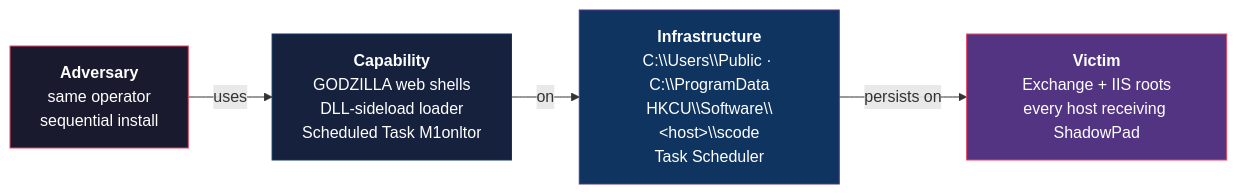
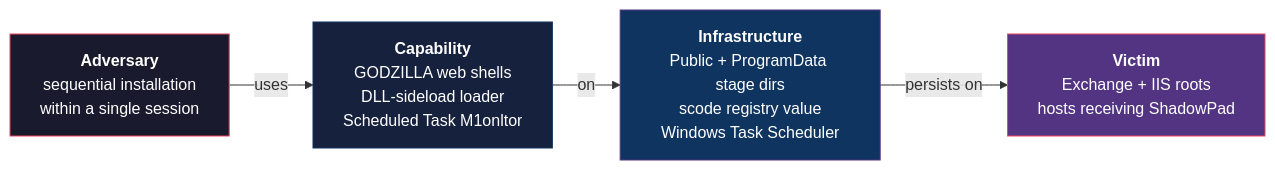
One commit to karmine05/dirtyfrag-blog changed the sixth of 9 diagrams in content/posts/shadow-earth-053-fleet-detections/index.md. Above: the diagram before and after it, drawn with Mermaid. The commit also changed other lines of this file and 2 other files, not shown here.

First line of the commit message:
content(threat-intel): SE053 post v3 — threat-brief tone + SVG overflow + Mermaid fixes

```diff
--- a/content/posts/shadow-earth-053-fleet-detections/index.md
+++ b/content/posts/shadow-earth-053-fleet-detections/index.md
@@ -207,14 +194,14 @@
 {{< mermaid >}}
 graph LR
   classDef adv fill:#1a1a2e,stroke:#e94560,color:#fff
   classDef cap fill:#16213e,stroke:#0f3460,color:#fff
   classDef inf fill:#0f3460,stroke:#533483,color:#fff
   classDef vic fill:#533483,stroke:#e94560,color:#fff
-  A["<b>Adversary</b><br/>same operator<br/>sequential install"]:::adv
-  C["<b>Capability</b><br/>GODZILLA web shells<br/>DLL-sideload loader<br/>Scheduled Task M1onltor"]:::cap
-  I["<b>Infrastructure</b><br/>C:\\Users\\Public · C:\\ProgramData<br/>HKCU\\Software\\&lt;host&gt;\\scode<br/>Task Scheduler"]:::inf
-  V["<b>Victim</b><br/>Exchange + IIS roots<br/>every host receiving ShadowPad"]:::vic
+  A["<b>Adversary</b><br>sequential installation<br>within a single session"]:::adv
+  C["<b>Capability</b><br>GODZILLA web shells<br>DLL-sideload loader<br>Scheduled Task M1onltor"]:::cap
+  I["<b>Infrastructure</b><br>Public + ProgramData stage dirs<br>scode registry value<br>Windows Task Scheduler"]:::inf
+  V["<b>Victim</b><br>Exchange + IIS roots<br>hosts receiving ShadowPad"]:::vic
   A -->|uses| C
   C -->|on| I
   I -->|persists on| V
 {{< /mermaid >}}
```
